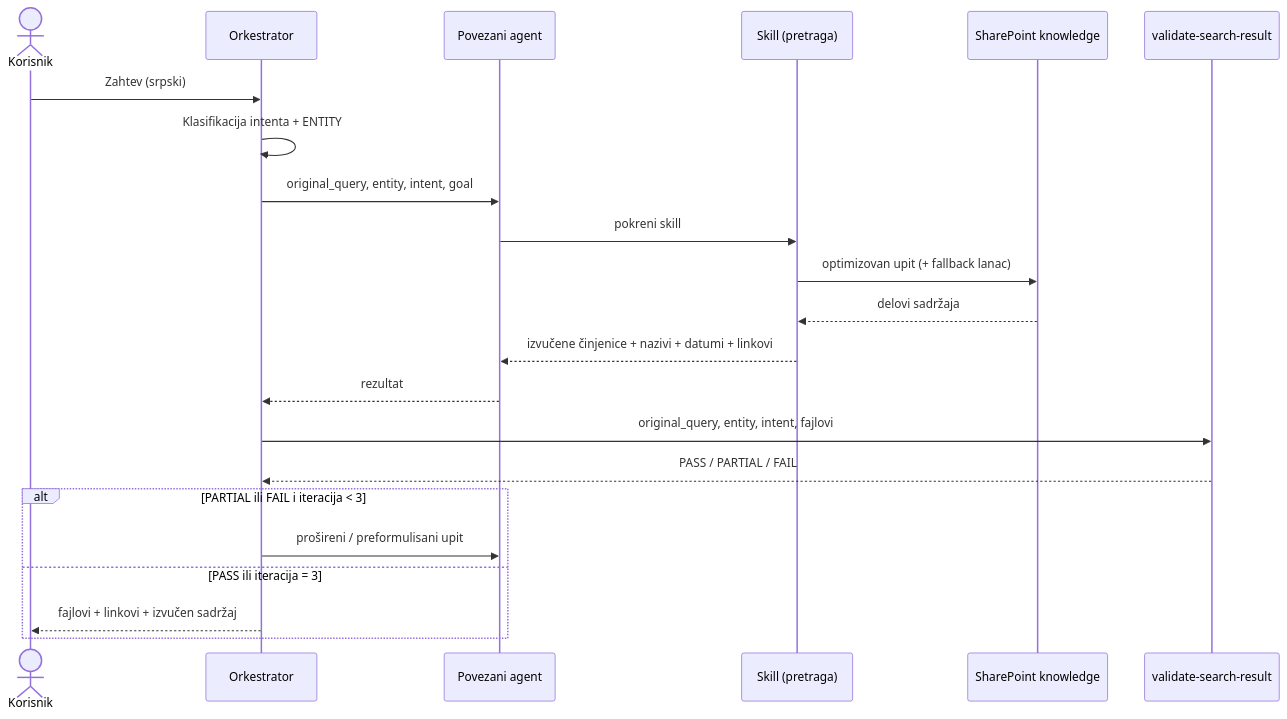
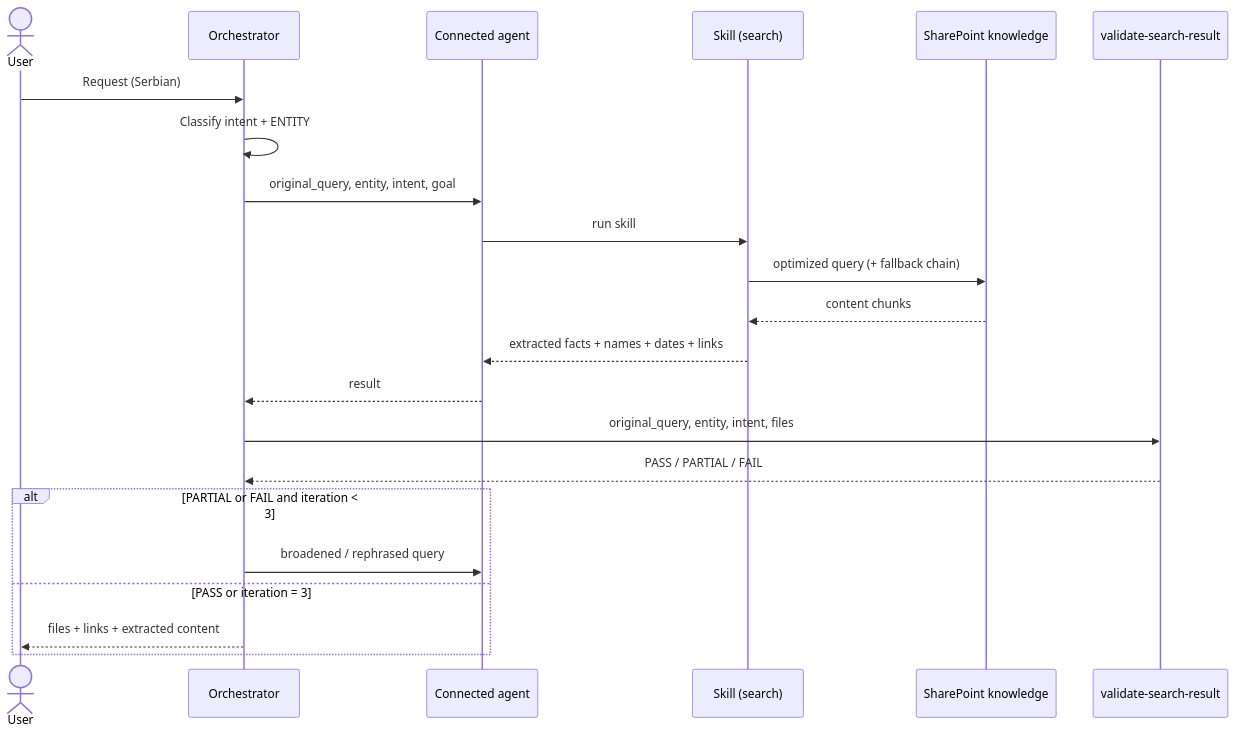
Before and after one commit to NikolaSae/nexus-SNF: the second of 2 diagrams in README.md, drawn with Mermaid. The commit also changed other lines of this file, not shown here.

````diff
--- a/README.md
+++ b/README.md
@@ -90,25 +91,25 @@
 ```mermaid
 sequenceDiagram
-    actor U as Korisnik
-    participant O as Orkestrator
-    participant A as Povezani agent
-    participant S as Skill (pretraga)
+    actor U as User
+    participant O as Orchestrator
+    participant A as Connected agent
+    participant S as Skill (search)
     participant K as SharePoint knowledge
     participant V as validate-search-result
 
-    U->>O: Zahtev (srpski)
-    O->>O: Klasifikacija intenta + ENTITY
+    U->>O: Request (Serbian)
+    O->>O: Classify intent + ENTITY
     O->>A: original_query, entity, intent, goal
-    A->>S: pokreni skill
-    S->>K: optimizovan upit (+ fallback lanac)
-    K-->>S: delovi sadržaja
-    S-->>A: izvučene činjenice + nazivi + datumi + linkovi
-    A-->>O: rezultat
-    O->>V: original_query, entity, intent, fajlovi
+    A->>S: run skill
+    S->>K: optimized query (+ fallback chain)
+    K-->>S: content chunks
+    S-->>A: extracted facts + names + dates + links
+    A-->>O: result
+    O->>V: original_query, entity, intent, files
     V-->>O: PASS / PARTIAL / FAIL
-    alt PARTIAL ili FAIL i iteracija < 3
-        O->>A: prošireni / preformulisani upit
-    else PASS ili iteracija = 3
-        O-->>U: fajlovi + linkovi + izvučen sadržaj
+    alt PARTIAL or FAIL and iteration < 3
+        O->>A: broadened / rephrased query
+    else PASS or iteration = 3
+        O-->>U: files + links + extracted content
     end
 ```
````
